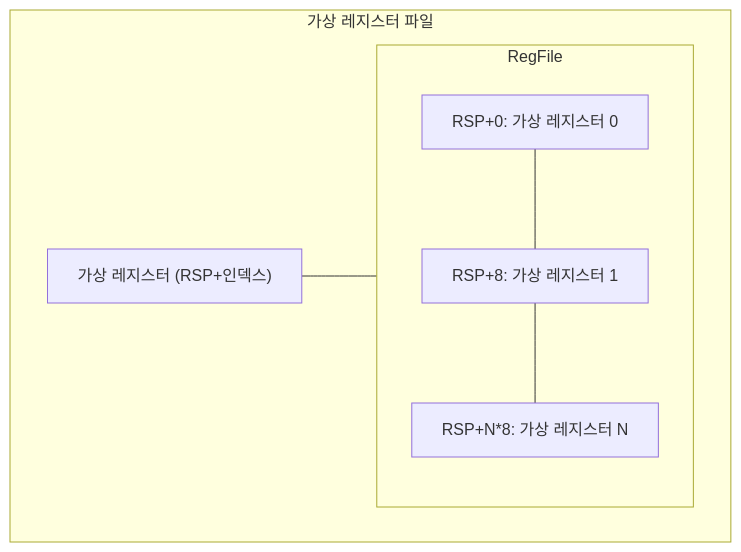
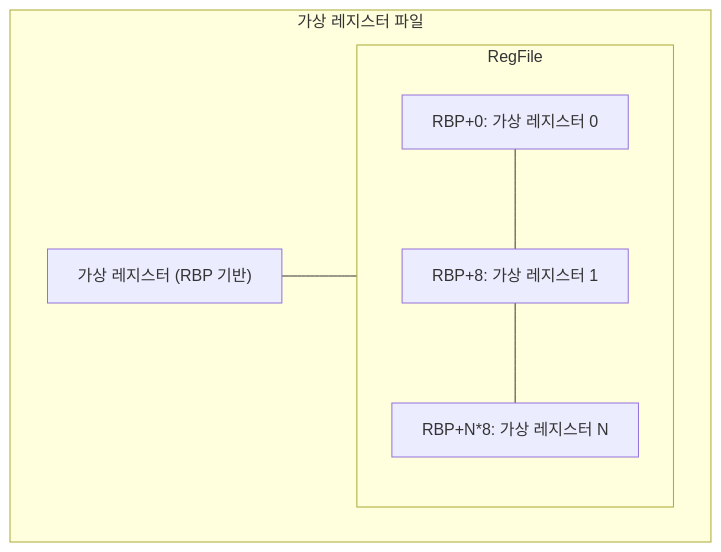
One commit to sinbon-088/hspace-io.github.io changed the third of 4 diagrams in _posts/2025-05-23-Anti-Reverse-Engineering-Analysis.md. Above: the diagram before and after it, drawn with Mermaid. The commit also changed other lines of this file, not shown here.

````diff
--- a/_posts/2025-05-23-Anti-Reverse-Engineering-Analysis.md
+++ b/_posts/2025-05-23-Anti-Reverse-Engineering-Analysis.md
@@ -314,14 +315,14 @@
 ```mermaid
 flowchart TB
     subgraph "가상 레지스터 파일"
-        VRegs["가상 레지스터 (RSP+인덱스)"] --- RegFile
+        VRegs["가상 레지스터 (RBP 기반)"] --- RegFile
 
         subgraph RegFile
-            Reg0["RSP+0: 가상 레지스터 0"]
-            Reg1["RSP+8: 가상 레지스터 1"]
-            RegN["RSP+N*8: 가상 레지스터 N"]
+            Reg0["RBP+0: 가상 레지스터 0"]
+            Reg1["RBP+8: 가상 레지스터 1"]
+            RegN["RBP+N*8: 가상 레지스터 N"]
 
             Reg0 --- Reg1 --- RegN
         end
     end
 ```
````
